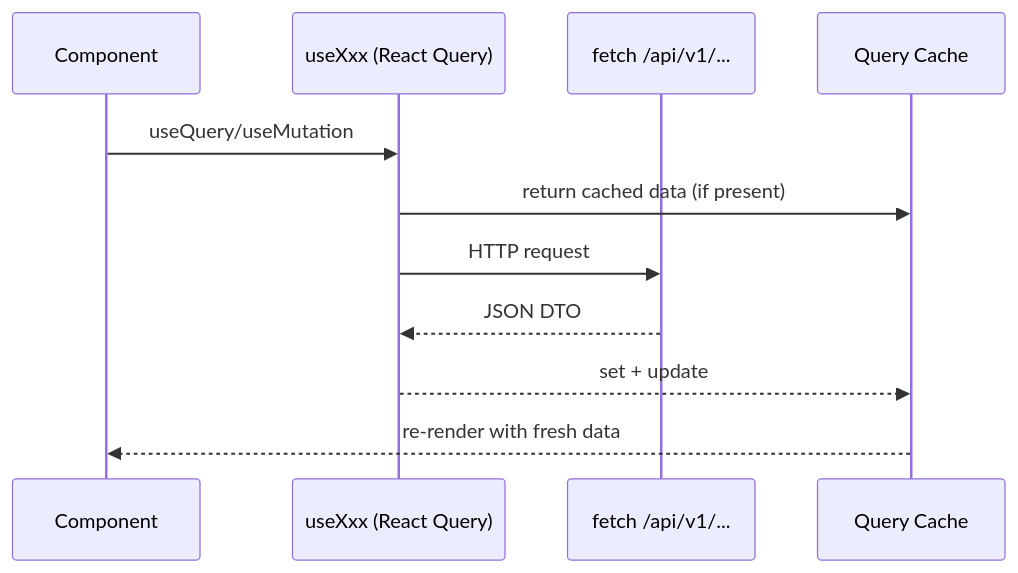
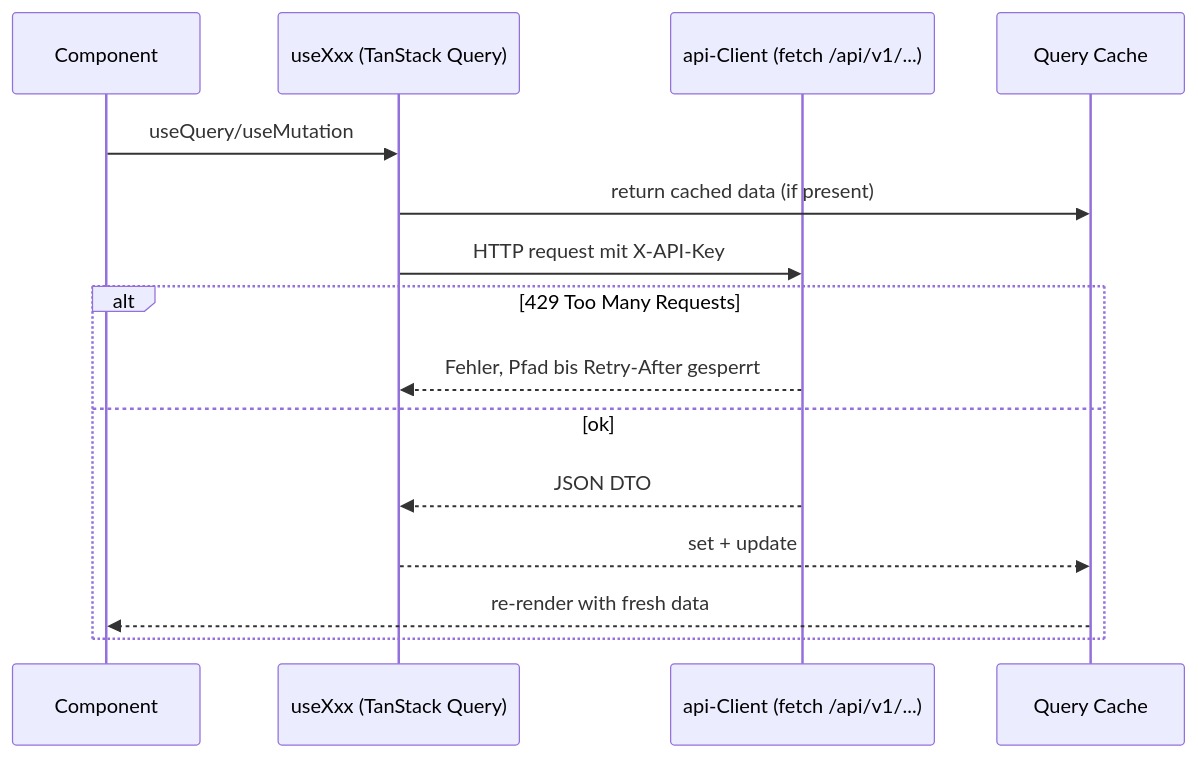
One commit to FLSEST/MySuricates changed the second of 3 diagrams in docs/frontend-flow-diagrams.md. Above: the diagram before and after it, drawn with Mermaid. The commit also changed other lines of this file and 4 other files, not shown here.

First line of the commit message:
docs(diagramme): Frontend page shows all routes, stores, invalidation and WebSocket ticket

````diff
--- a/docs/frontend-flow-diagrams.md
+++ b/docs/frontend-flow-diagrams.md
@@ -25,14 +29,18 @@
 ```mermaid
 sequenceDiagram
     participant UI as Component
-    participant HOOK as useXxx (React Query)
-    participant API as fetch /api/v1/...
+    participant HOOK as useXxx (TanStack Query)
+    participant API as api-Client (fetch /api/v1/...)
     participant CACHE as Query Cache
 
     UI->>HOOK: useQuery/useMutation
     HOOK->>CACHE: return cached data (if present)
-    HOOK->>API: HTTP request
-    API-->>HOOK: JSON DTO
-    HOOK-->>CACHE: set + update
-    CACHE-->>UI: re-render with fresh data
+    HOOK->>API: HTTP request mit X-API-Key
+    alt 429 Too Many Requests
+        API-->>HOOK: Fehler, Pfad bis Retry-After gesperrt
+    else ok
+        API-->>HOOK: JSON DTO
+        HOOK-->>CACHE: set + update
+        CACHE-->>UI: re-render with fresh data
+    end
 ```
````
